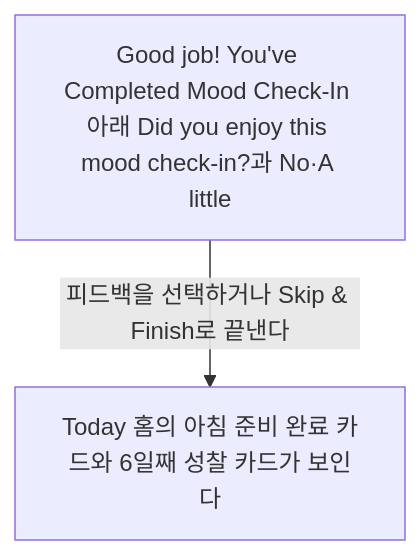
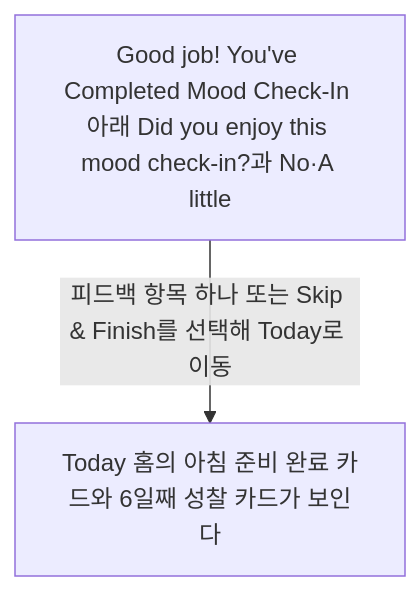
The diagram in docs/Stoic/flows/giving-a-feedback-from-logging-a-mood-check-in-f0178b77/README.md (Dev-Corgi/Stoic-Build-Clone-Test), drawn with Mermaid before and after one commit. The commit also changed other lines of this file and 23 other files, not shown here.

Commit message:
docs: verify Stoic flows with user-confirmed transitions

````diff
--- a/docs/Stoic/flows/giving-a-feedback-from-logging-a-mood-check-in-f0178b77/README.md
+++ b/docs/Stoic/flows/giving-a-feedback-from-logging-a-mood-check-in-f0178b77/README.md
@@ -8,6 +8,6 @@
 ```mermaid
 flowchart TD
   S1["Good job! You've Completed Mood Check-In 아래 Did you enjoy this mood check-in?과 No·A little"]
-  S1 -->|피드백을 선택하거나 Skip & Finish로 끝낸다| S2
+  S1 -->|피드백 항목 하나 또는 Skip & Finish를 선택해 Today로 이동| S2
   S2["Today 홈의 아침 준비 완료 카드와 6일째 성찰 카드가 보인다"]
 ```
````
